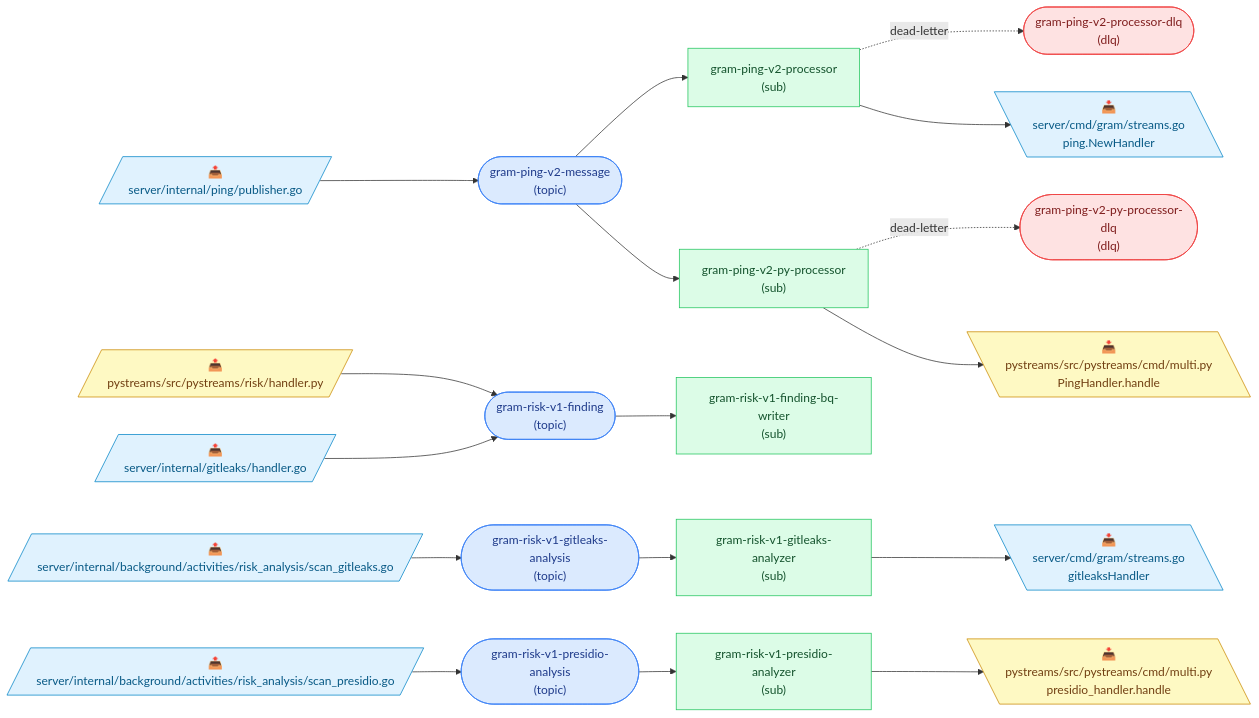
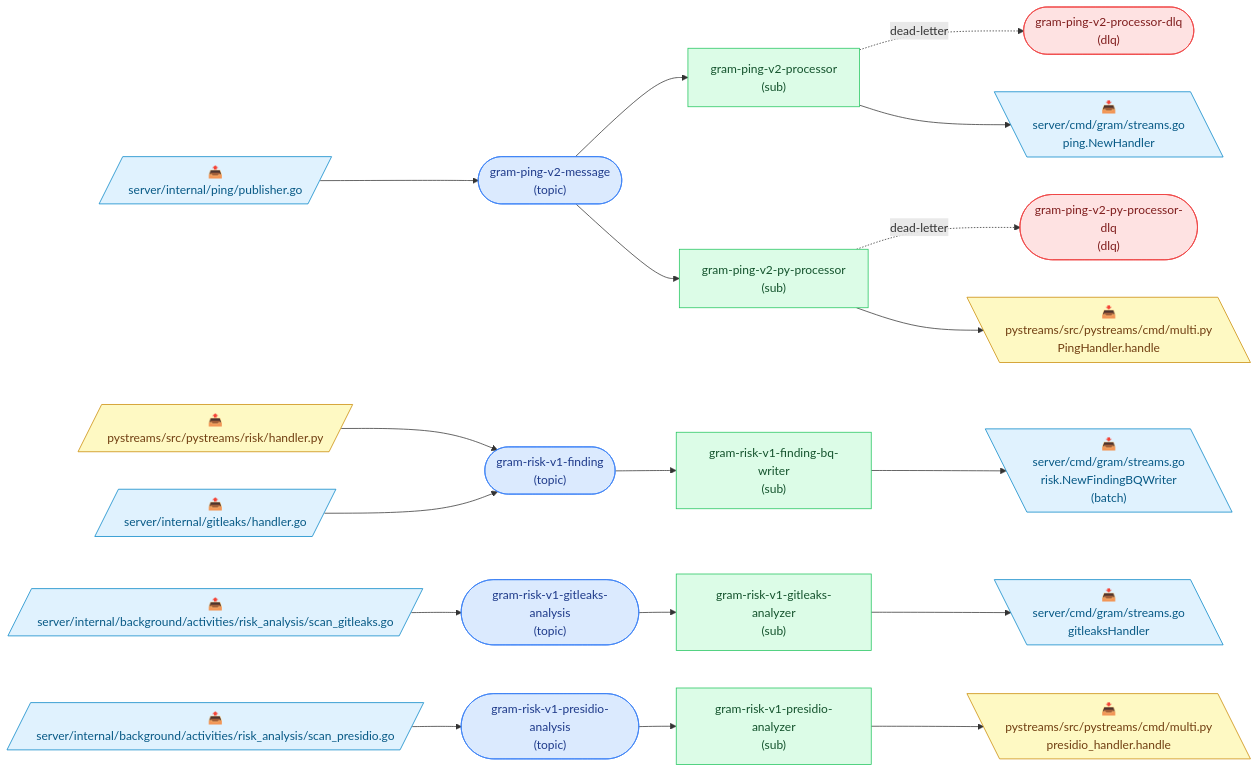
One commit to speakeasy-api/gram changed the diagram in docs/pubsub-topology.md. Above: the diagram before and after it, drawn with Mermaid. The commit also changed other lines of this file and 4 other files, not shown here.

First line of the commit message:
feat: detect ReceiveBatch consumers in the pubsub topology diagram

````diff
--- a/docs/pubsub-topology.md
+++ b/docs/pubsub-topology.md
@@ -9,47 +9,49 @@
 ```mermaid
 flowchart LR
   classDef topic fill:#dbeafe,stroke:#3b82f6,color:#1e3a8a;
   classDef dlq fill:#fee2e2,stroke:#ef4444,color:#7f1d1d;
   classDef sub fill:#dcfce7,stroke:#22c55e,color:#14532d;
   classDef go fill:#e0f2fe,stroke:#0284c7,color:#075985;
   classDef python fill:#fef9c3,stroke:#ca8a04,color:#713f12;
   classDef deprecated stroke-dasharray:4 3,opacity:0.55;
 
   t_gram_ping_v2_message(["gram-ping-v2-message<br/>(topic)"]):::topic
   t_gram_ping_v2_processor_dlq(["gram-ping-v2-processor-dlq<br/>(dlq)"]):::dlq
   t_gram_ping_v2_py_processor_dlq(["gram-ping-v2-py-processor-dlq<br/>(dlq)"]):::dlq
   t_gram_risk_v1_finding(["gram-risk-v1-finding<br/>(topic)"]):::topic
   t_gram_risk_v1_gitleaks_analysis(["gram-risk-v1-gitleaks-analysis<br/>(topic)"]):::topic
   t_gram_risk_v1_presidio_analysis(["gram-risk-v1-presidio-analysis<br/>(topic)"]):::topic
   s_gram_ping_v2_processor["gram-ping-v2-processor<br/>(sub)"]:::sub
   s_gram_ping_v2_py_processor["gram-ping-v2-py-processor<br/>(sub)"]:::sub
   s_gram_risk_v1_finding_bq_writer["gram-risk-v1-finding-bq-writer<br/>(sub)"]:::sub
   s_gram_risk_v1_gitleaks_analyzer["gram-risk-v1-gitleaks-analyzer<br/>(sub)"]:::sub
   s_gram_risk_v1_presidio_analyzer["gram-risk-v1-presidio-analyzer<br/>(sub)"]:::sub
 
   p0[/"📤<br/>server/internal/ping/publisher.go"/]:::go
   p0 --> t_gram_ping_v2_message
   p1[/"📤<br/>pystreams/src/pystreams/risk/handler.py"/]:::python
   p1 --> t_gram_risk_v1_finding
   p2[/"📤<br/>server/internal/gitleaks/handler.go"/]:::go
   p2 --> t_gram_risk_v1_finding
   p3[/"📤<br/>server/internal/background/activities/risk_analysis/scan_gitleaks.go"/]:::go
   p3 --> t_gram_risk_v1_gitleaks_analysis
   p4[/"📤<br/>server/internal/background/activities/risk_analysis/scan_presidio.go"/]:::go
   p4 --> t_gram_risk_v1_presidio_analysis
   t_gram_ping_v2_message --> s_gram_ping_v2_processor
   s_gram_ping_v2_processor -. dead-letter .-> t_gram_ping_v2_processor_dlq
   t_gram_ping_v2_message --> s_gram_ping_v2_py_processor
   s_gram_ping_v2_py_processor -. dead-letter .-> t_gram_ping_v2_py_processor_dlq
   t_gram_risk_v1_finding --> s_gram_risk_v1_finding_bq_writer
   t_gram_risk_v1_gitleaks_analysis --> s_gram_risk_v1_gitleaks_analyzer
   t_gram_risk_v1_presidio_analysis --> s_gram_risk_v1_presidio_analyzer
   c5[\"📥<br/>server/cmd/gram/streams.go<br/>ping.NewHandler"\]:::go
   s_gram_ping_v2_processor --> c5
   c6[\"📥<br/>pystreams/src/pystreams/cmd/multi.py<br/>PingHandler.handle"\]:::python
   s_gram_ping_v2_py_processor --> c6
-  c7[\"📥<br/>server/cmd/gram/streams.go<br/>gitleaksHandler"\]:::go
-  s_gram_risk_v1_gitleaks_analyzer --> c7
-  c8[\"📥<br/>pystreams/src/pystreams/cmd/multi.py<br/>presidio_handler.handle"\]:::python
-  s_gram_risk_v1_presidio_analyzer --> c8
+  c7[\"📥<br/>server/cmd/gram/streams.go<br/>risk.NewFindingBQWriter<br/>(batch)"\]:::go
+  s_gram_risk_v1_finding_bq_writer --> c7
+  c8[\"📥<br/>server/cmd/gram/streams.go<br/>gitleaksHandler"\]:::go
+  s_gram_risk_v1_gitleaks_analyzer --> c8
+  c9[\"📥<br/>pystreams/src/pystreams/cmd/multi.py<br/>presidio_handler.handle"\]:::python
+  s_gram_risk_v1_presidio_analyzer --> c9
 ```
````
